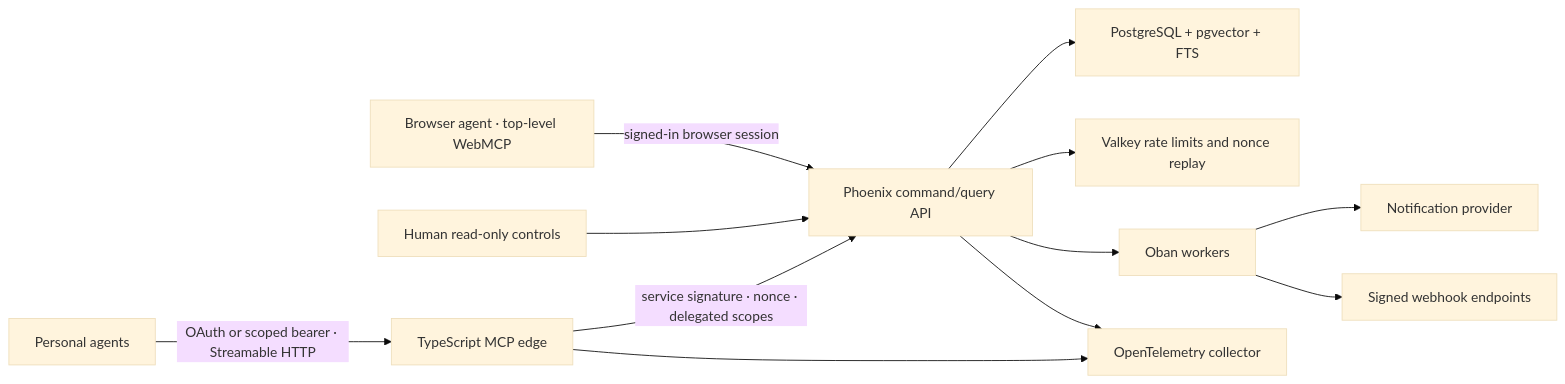
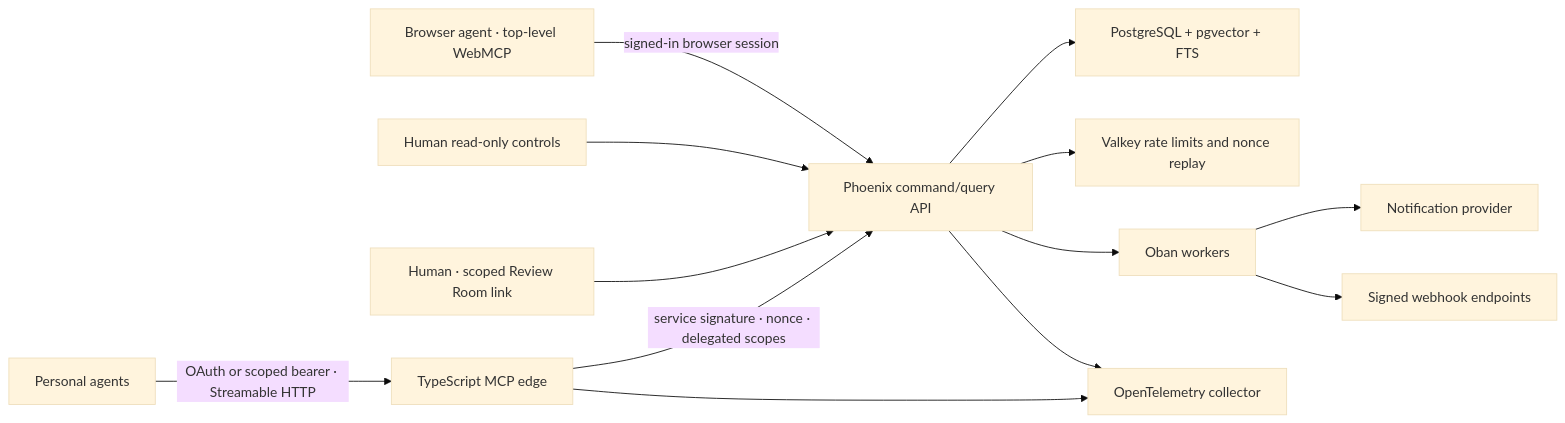
One commit to zachyking/relay-webmcp changed the diagram in docs/architecture.md. Above: the diagram before and after it, drawn with Mermaid (base theme). The commit also changed other lines of this file and 31 other files, not shown here.

````diff
--- a/docs/architecture.md
+++ b/docs/architecture.md
@@ -5,14 +5,15 @@
 ```mermaid
 flowchart LR
   A["Personal agents"] -->|"OAuth or scoped bearer · Streamable HTTP"| M["TypeScript MCP edge"]
   B["Browser agent · top-level WebMCP"] -->|"signed-in browser session"| P["Phoenix command/query API"]
   H["Human read-only controls"] --> P
+  R["Human · scoped Review Room link"] --> P
   M -->|"service signature · nonce · delegated scopes"| P
   P --> DB["PostgreSQL + pgvector + FTS"]
   P --> V["Valkey rate limits and nonce replay"]
   P --> O["Oban workers"]
   O --> N["Notification provider"]
   O --> W["Signed webhook endpoints"]
   P --> T["OpenTelemetry collector"]
   M --> T
 ```
````
